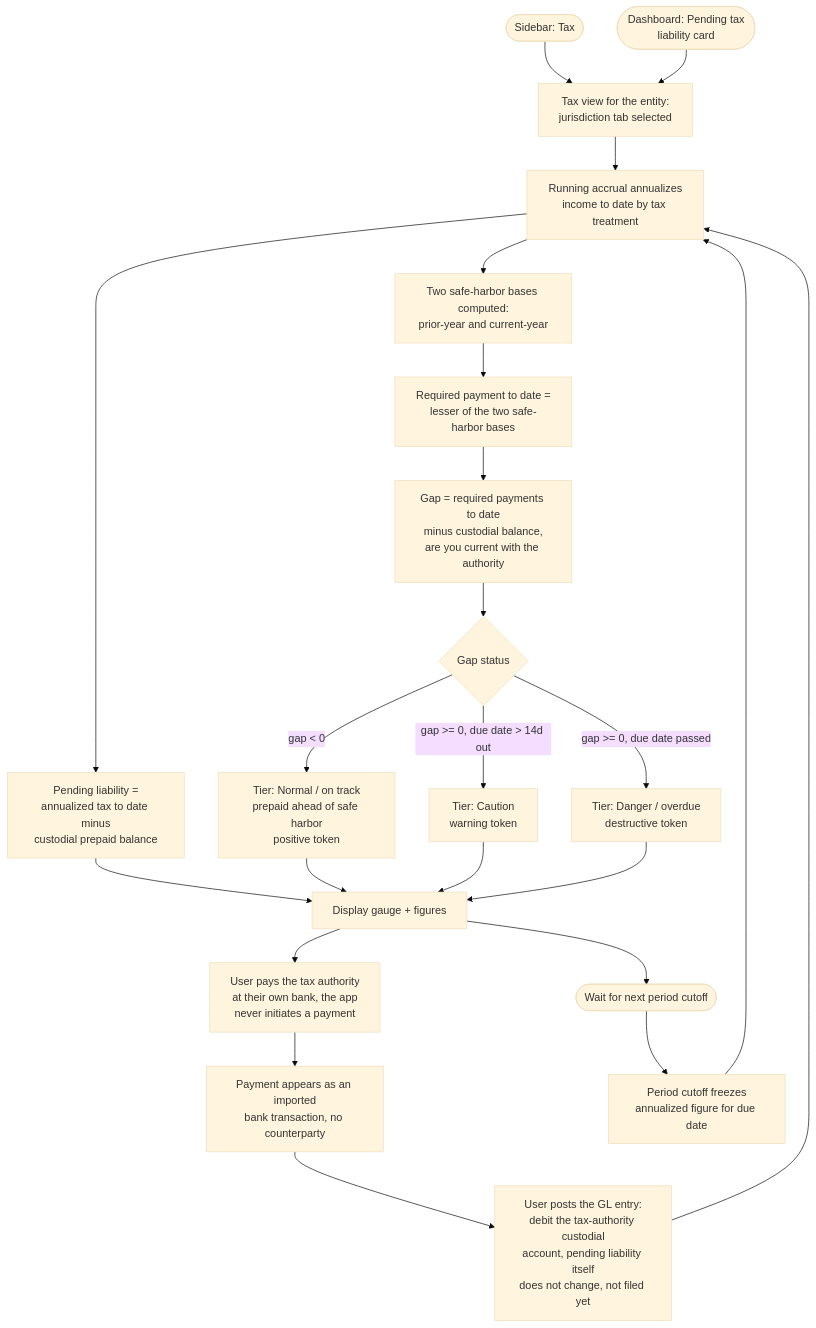
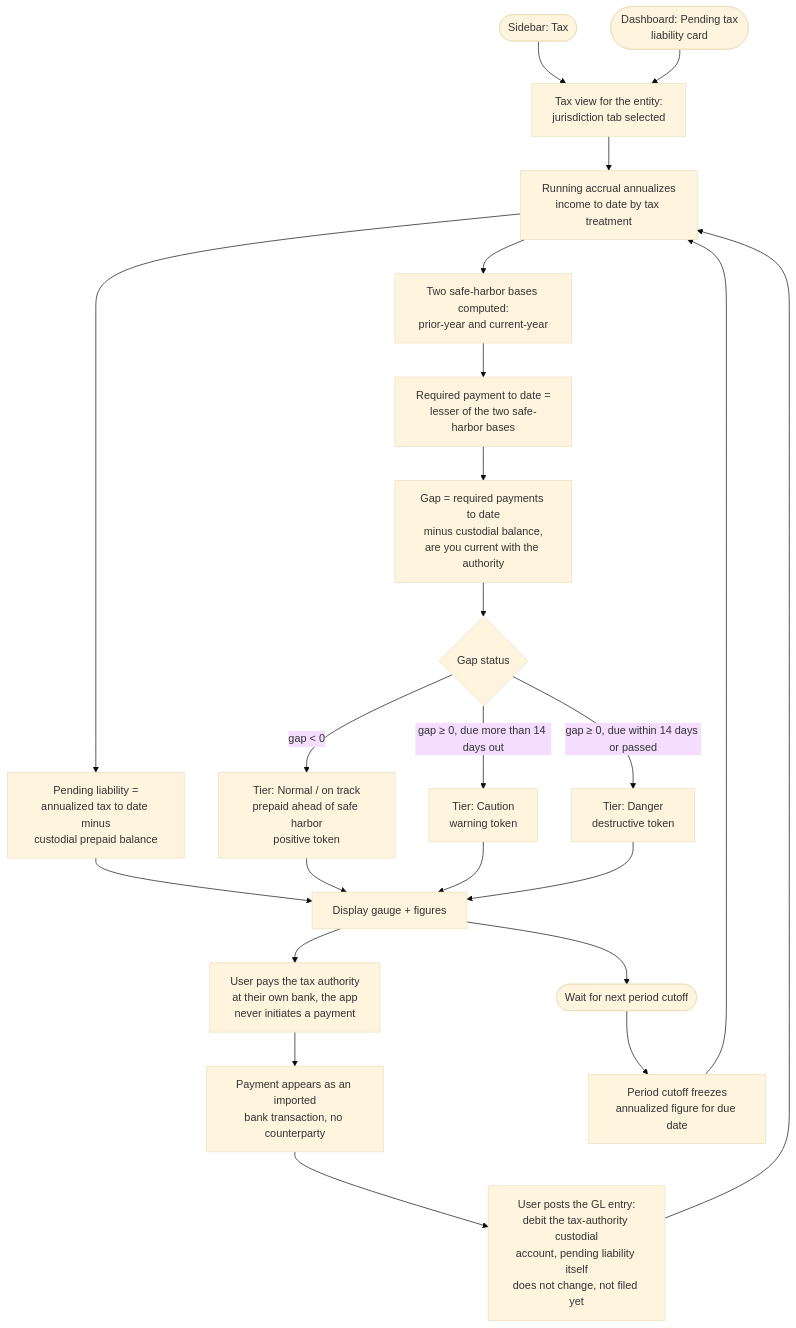
One commit to richmosko/polycarpic changed the diagram in docs/DESIGN/flows/tax-liability-flow.md. Above: the diagram before and after it, drawn with Mermaid (base theme). The commit also changed other lines of this file and 6 other files, not shown here.

First line of the commit message:
design(flows-refine): tax tier ruling and labels; known unposted delta drawn

````diff
--- a/docs/DESIGN/flows/tax-liability-flow.md
+++ b/docs/DESIGN/flows/tax-liability-flow.md
@@ -5,25 +5,25 @@
 ```mermaid
 flowchart TD
   nav([Sidebar: Tax]) --> view[Tax view for the entity:\njurisdiction tab selected]
   card([Dashboard: Pending tax\nliability card]) --> view
   view --> accrual[Running accrual annualizes\nincome to date by tax treatment]
   accrual --> pending[Pending liability =\nannualized tax to date minus\ncustodial prepaid balance]
   accrual --> safeharbor[Two safe-harbor bases computed:\nprior-year and current-year]
   safeharbor --> required[Required payment to date =\nlesser of the two safe-harbor bases]
   required --> gap[Gap = required payments to date\nminus custodial balance,\nare you current with the authority]
   pending --> display[Display gauge + figures]
   gap --> tier{Gap status}
   tier -- "gap < 0" --> onTrack[Tier: Normal / on track\nprepaid ahead of safe harbor\npositive token]
-  tier -- "gap >= 0, due date > 14d out" --> caution[Tier: Caution\nwarning token]
-  tier -- "gap >= 0, due date passed" --> danger[Tier: Danger / overdue\ndestructive token]
+  tier -- "gap ≥ 0, due more than 14 days out" --> caution[Tier: Caution\nwarning token]
+  tier -- "gap ≥ 0, due within 14 days or passed" --> danger[Tier: Danger\ndestructive token]
   onTrack --> display
   caution --> display
   danger --> display
   display --> extPay[User pays the tax authority\nat their own bank, the app\nnever initiates a payment]
   extPay --> imported[Payment appears as an imported\nbank transaction, no counterparty]
   imported --> postEntry[User posts the GL entry:\ndebit the tax-authority custodial\naccount, pending liability itself\ndoes not change, not filed yet]
   postEntry --> accrual
   display --> waitNode([Wait for next period cutoff])
   waitNode --> freeze[Period cutoff freezes\nannualized figure for due date]
   freeze --> accrual
 ```
````
